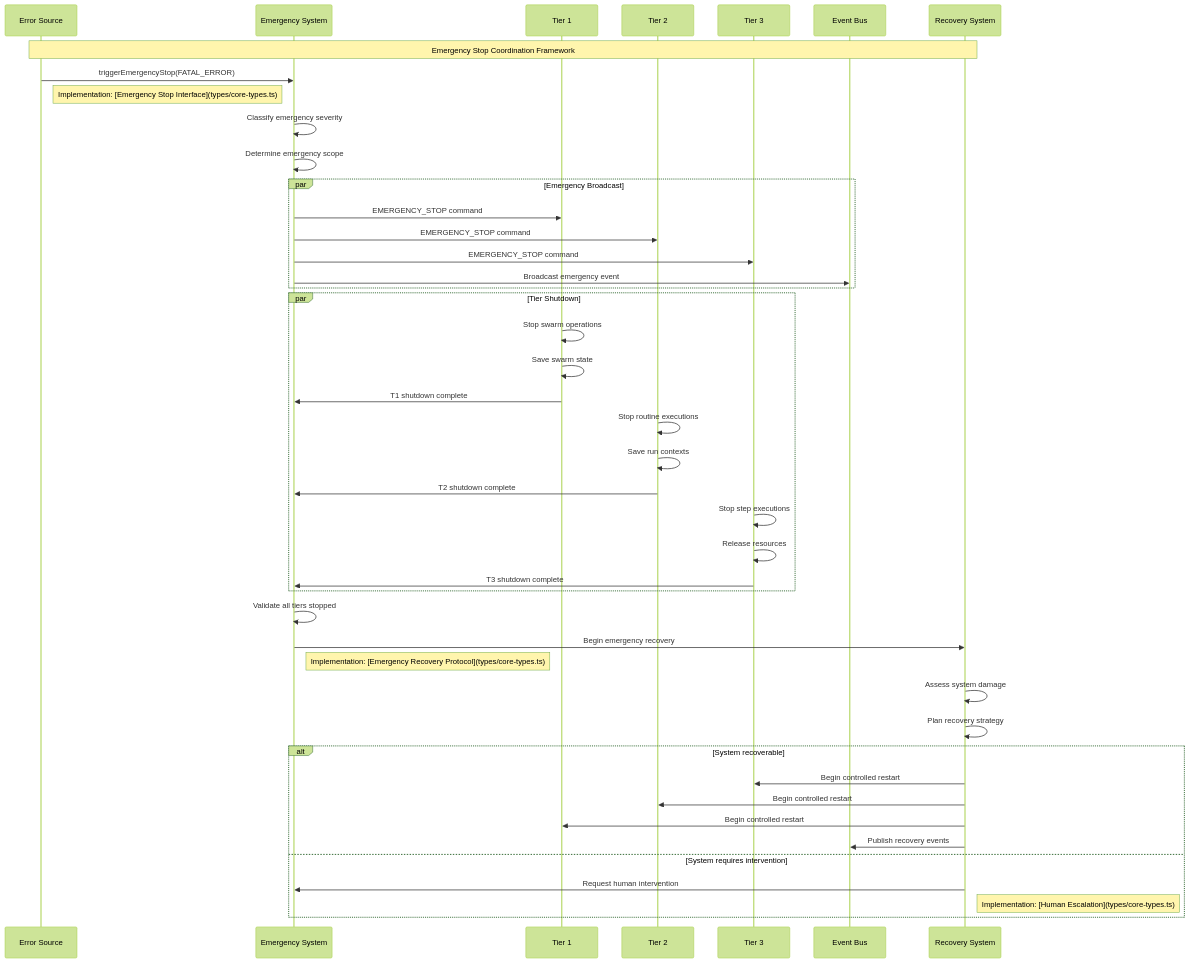
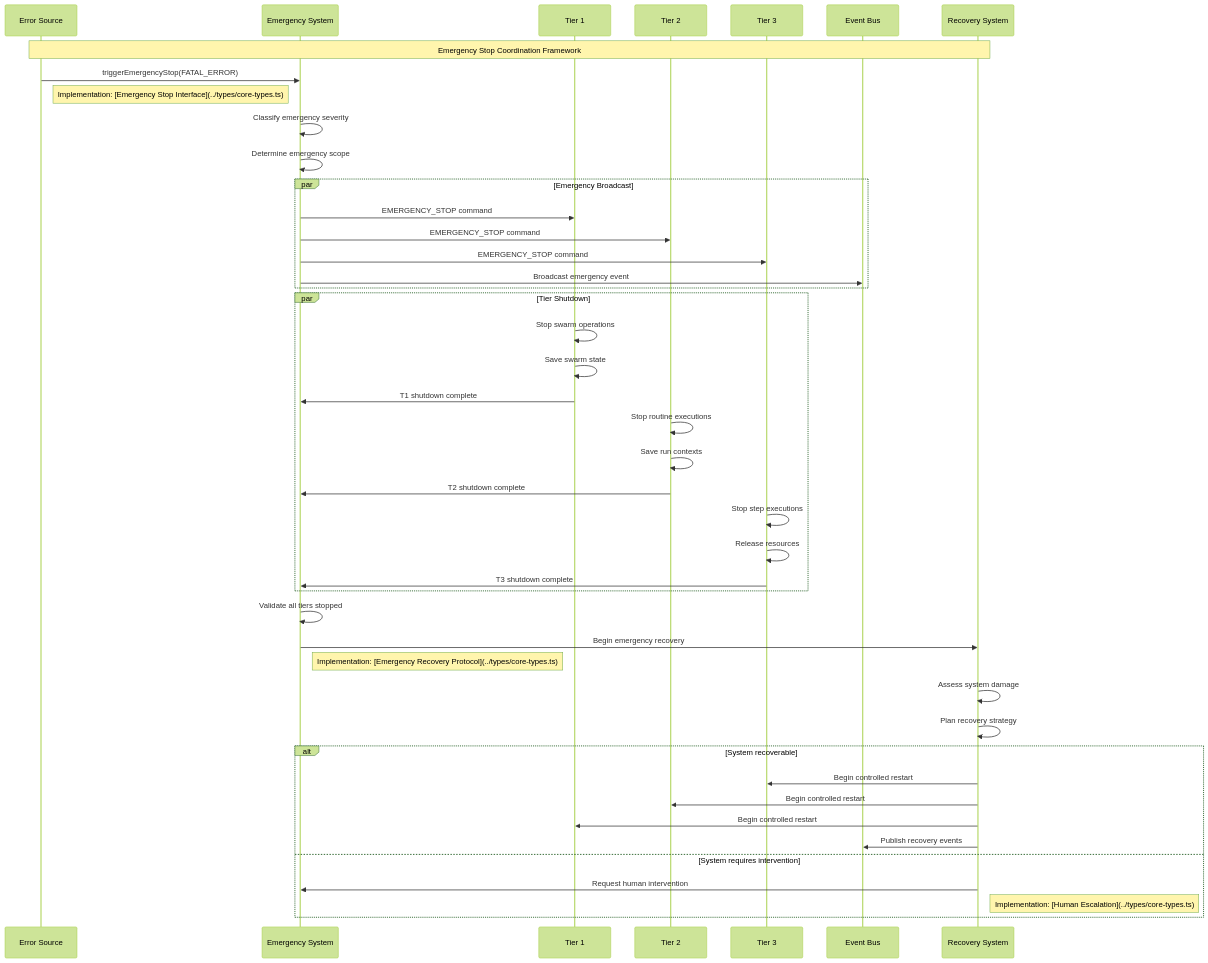
The fourth of 4 diagrams in docs/architecture/execution/resilience/error-propagation.md (Vrooli/Vrooli), drawn with Mermaid (forest theme) before and after one commit. The commit also changed other lines of this file and 10 other files, not shown here.

````diff
--- a/docs/architecture/execution/resilience/error-propagation.md
+++ b/docs/architecture/execution/resilience/error-propagation.md
@@ -231,61 +231,61 @@
 ```mermaid
 sequenceDiagram
     participant Trigger as Error Source
     participant Emergency as Emergency System
     participant T1 as Tier 1
     participant T2 as Tier 2
     participant T3 as Tier 3
     participant Events as Event Bus
     participant Recovery as Recovery System
 
     Note over Trigger,Recovery: Emergency Stop Coordination Framework
 
     %% Emergency trigger
     Trigger->>Emergency: triggerEmergencyStop(FATAL_ERROR)
-    Note right of Trigger: Implementation: [Emergency Stop Interface](types/core-types.ts)
+    Note right of Trigger: Implementation: [Emergency Stop Interface](../types/core-types.ts)
     
     Emergency->>Emergency: Classify emergency severity
     Emergency->>Emergency: Determine emergency scope
     
     %% Immediate shutdown coordination
     par Emergency Broadcast
         Emergency->>T1: EMERGENCY_STOP command
         Emergency->>T2: EMERGENCY_STOP command
         Emergency->>T3: EMERGENCY_STOP command
         Emergency->>Events: Broadcast emergency event
     end
     
     %% Coordinated tier responses
     par Tier Shutdown
         T1->>T1: Stop swarm operations
         T1->>T1: Save swarm state
         T1->>Emergency: T1 shutdown complete
         
         T2->>T2: Stop routine executions
         T2->>T2: Save run contexts
         T2->>Emergency: T2 shutdown complete
         
         T3->>T3: Stop step executions
         T3->>T3: Release resources
         T3->>Emergency: T3 shutdown complete
     end
     
     %% System state coordination
     Emergency->>Emergency: Validate all tiers stopped
     Emergency->>Recovery: Begin emergency recovery
-    Note right of Emergency: Implementation: [Emergency Recovery Protocol](types/core-types.ts)
+    Note right of Emergency: Implementation: [Emergency Recovery Protocol](../types/core-types.ts)
     
     %% Recovery coordination
     Recovery->>Recovery: Assess system damage
     Recovery->>Recovery: Plan recovery strategy
     
     alt System recoverable
         Recovery->>T3: Begin controlled restart
         Recovery->>T2: Begin controlled restart
         Recovery->>T1: Begin controlled restart
         Recovery->>Events: Publish recovery events
     else System requires intervention
         Recovery->>Emergency: Request human intervention
-        Note right of Recovery: Implementation: [Human Escalation](types/core-types.ts)
+        Note right of Recovery: Implementation: [Human Escalation](../types/core-types.ts)
     end
 ```
````
